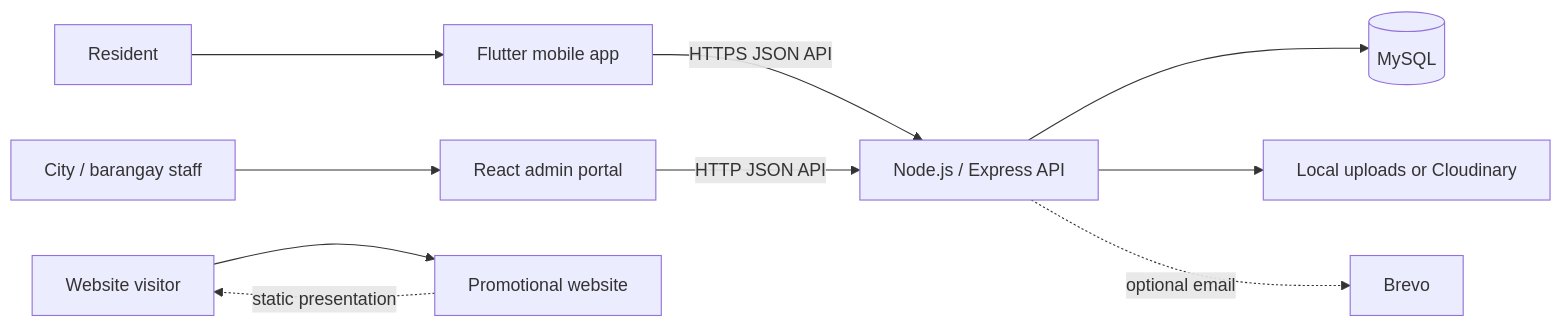
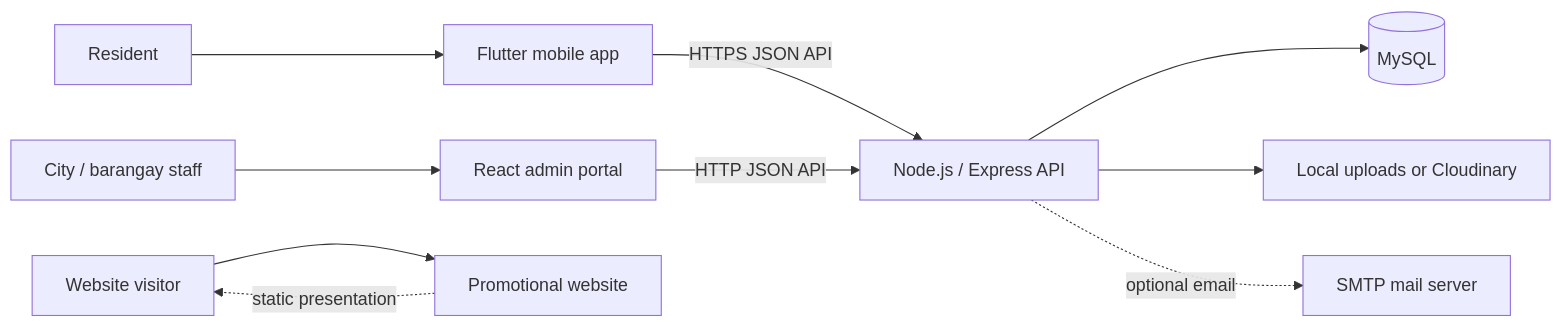
One commit to Satoshi999k/InfraTrack changed the diagram in README.md. Above: the diagram before and after it, drawn with Mermaid. The commit also changed other lines of this file and 5 other files, not shown here.

Commit message:
feat: integrate SMTP email notifications and update related configurations

````diff
--- a/README.md
+++ b/README.md
@@ -65,12 +65,12 @@
 ```mermaid
 flowchart LR
     Resident[Resident] --> Mobile[Flutter mobile app]
     Staff[City / barangay staff] --> Portal[React admin portal]
     Visitor[Website visitor] --> Site[Promotional website]
     Mobile -->|HTTPS JSON API| API[Node.js / Express API]
     Portal -->|HTTP JSON API| API
     API --> DB[(MySQL)]
     API --> Media[Local uploads or Cloudinary]
-    API -. optional email .-> Email[Brevo]
+    API -. optional email .-> Email[SMTP mail server]
     Site -. static presentation .-> Visitor
 ```
````
